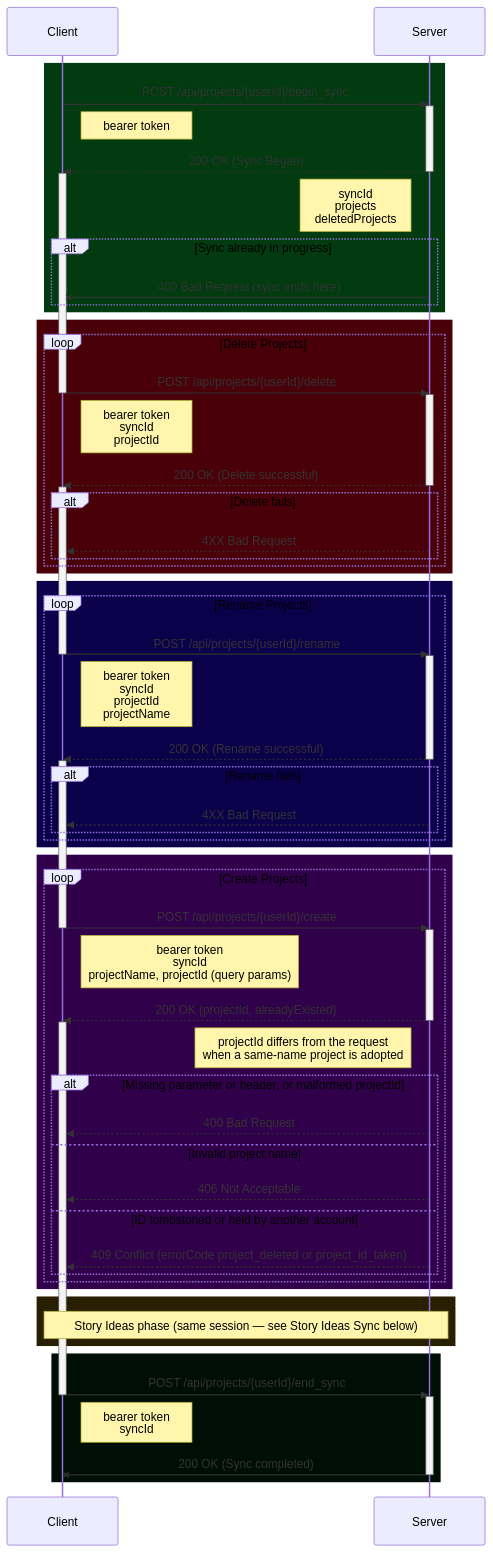
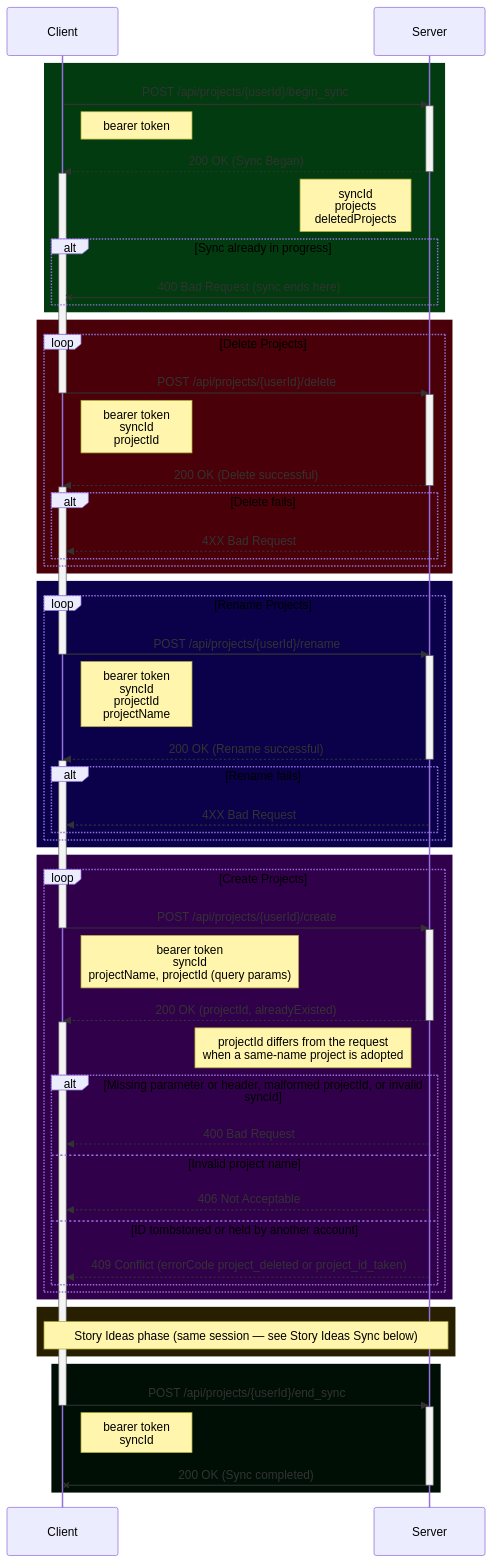
The first of 10 diagrams in docs/SYNCING-PROTOCOL.md (Darkrock-Studios/hammer-editor), drawn with Mermaid before and after one commit. The commit also changed other lines of this file and 1 other file, not shown here.

First line of the commit message:
Docs: correct project id and sync details against the code

````diff
--- a/docs/SYNCING-PROTOCOL.md
+++ b/docs/SYNCING-PROTOCOL.md
@@ -92,81 +92,81 @@
 ```mermaid
 sequenceDiagram
 	participant Client as Client
 	participant Server as Server
 
 	rect rgb(1, 59, 15)
 		Client ->> Server: POST /api/projects/{userId}/begin_sync
 		activate Server
 		Note right of Client: bearer token
 		Server -->> Client: 200 OK (Sync Began)
 		deactivate Server
 		activate Client
 		Note left of Server: syncId<br/>projects<br/>deletedProjects
 		alt Sync already in progress
 			Server -x Client: 400 Bad Request (sync ends here)
 		end
 	end
 	rect rgb(74, 0, 9)
 		loop Delete Projects
 			Client ->> Server: POST /api/projects/{userId}/delete
 			deactivate Client
 			activate Server
 			Note right of Client: bearer token <br/> syncId <br/> projectId
 			Server -->> Client: 200 OK (Delete successful)
 			deactivate Server
 			activate Client
 			alt Delete fails
 				Server -->> Client: 4XX Bad Request
 			end
 		end
 	end
 
 	rect rgb(11, 0, 74)
 		loop Rename Projects
 			Client ->> Server: POST /api/projects/{userId}/rename
 			deactivate Client
 			activate Server
 			Note right of Client: bearer token <br/> syncId <br/> projectId <br/> projectName
 			Server -->> Client: 200 OK (Rename successful)
 			deactivate Server
 			activate Client
 			alt Rename fails
 				Server -->> Client: 4XX Bad Request
 			end
 		end
 	end
 
 	rect rgb(49, 0, 74)
 		loop Create Projects
 			Client ->> Server: POST /api/projects/{userId}/create
 			deactivate Client
 			activate Server
 			Note right of Client: bearer token <br/> syncId <br/> projectName, projectId (query params)
 			Server -->> Client: 200 OK (projectId, alreadyExisted)
 			deactivate Server
 			activate Client
 			Note left of Server: projectId differs from the request<br/>when a same-name project is adopted
-			alt Missing parameter or header, or malformed projectId
+			alt Missing parameter or header, malformed projectId, or invalid syncId
 				Server -->> Client: 400 Bad Request
 			else Invalid project name
 				Server -->> Client: 406 Not Acceptable
 			else ID tombstoned or held by another account
 				Server -->> Client: 409 Conflict (errorCode project_deleted or project_id_taken)
 			end
 		end
 	end
 
 	rect rgb(40, 30, 0)
 		Note over Client,Server: Story Ideas phase (same session — see Story Ideas Sync below)
 	end
 
 	rect rgb(0, 15, 6)
 		Client ->> Server: POST /api/projects/{userId}/end_sync
 		deactivate Client
 		activate Server
 		Note right of Client: bearer token <br/> syncId
 		Server -x Client: 200 OK (Sync completed)
 		deactivate Server
 	end
 
 ```
````
